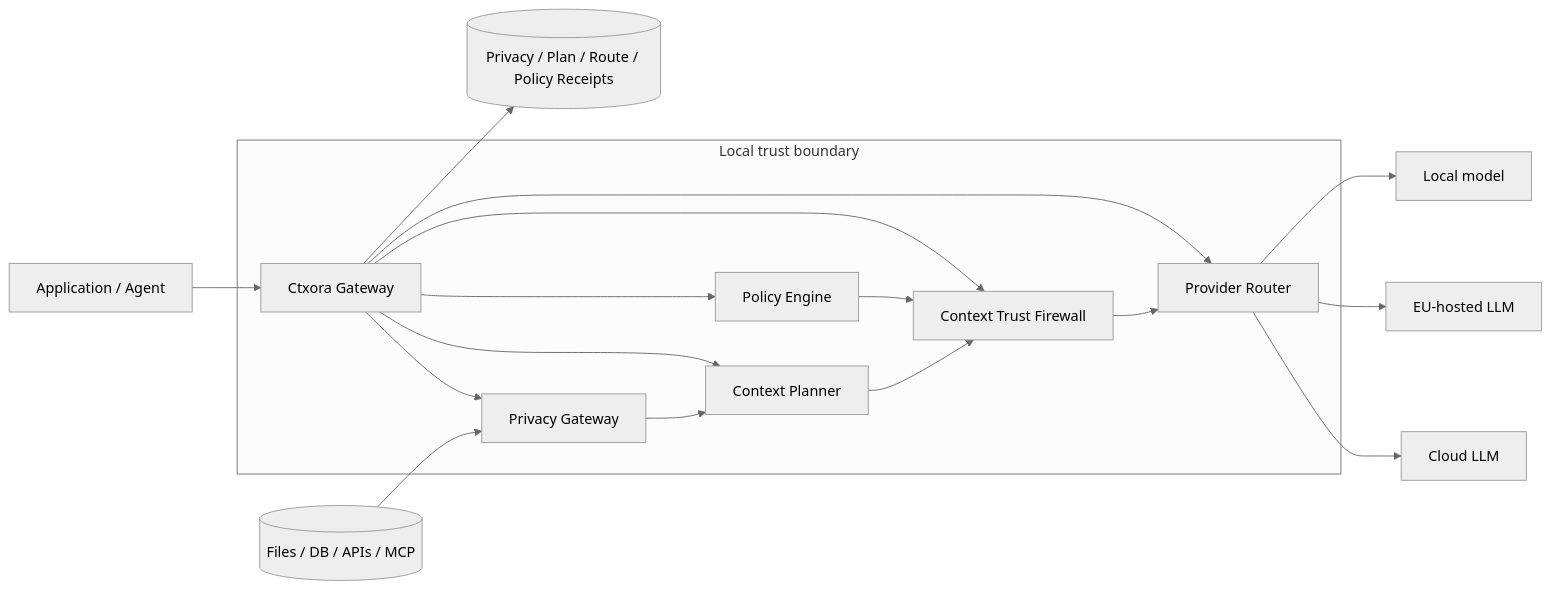
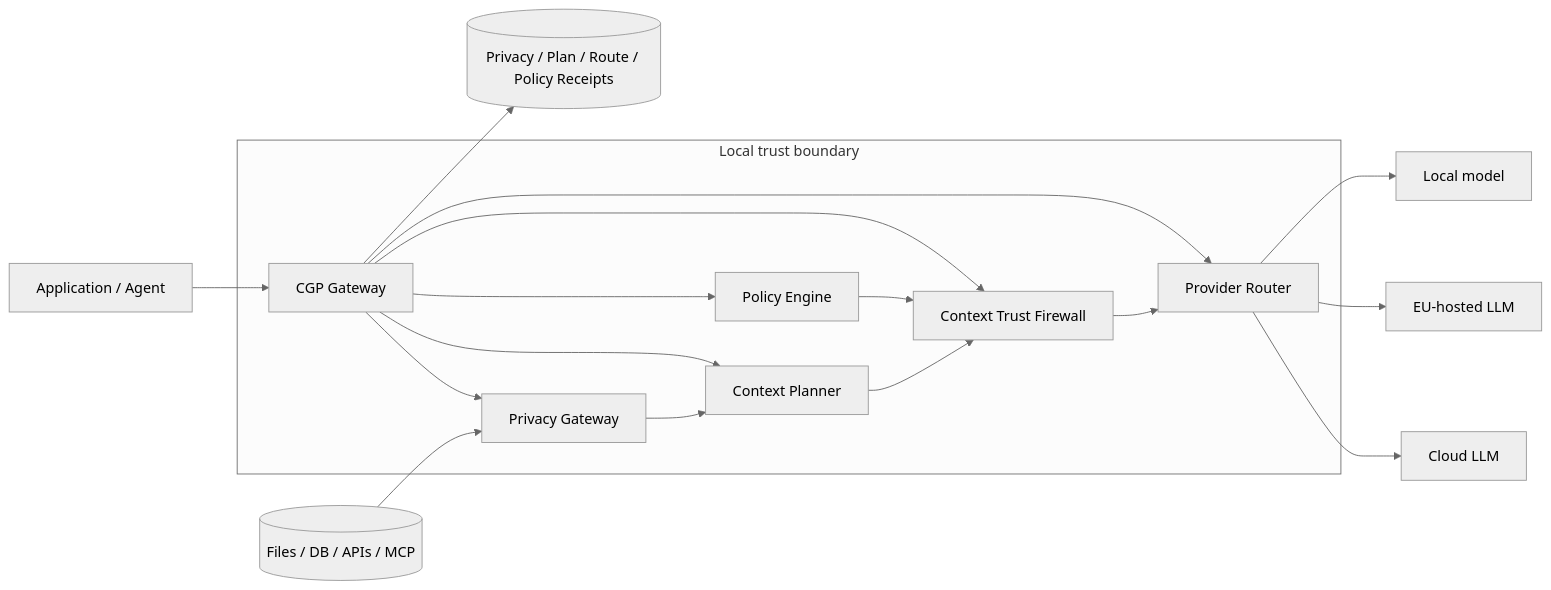
Before and after one commit to MrQwenty/fast-context-protocol: the first of 2 diagrams in README.md, drawn with Mermaid (neutral theme). The commit also changed other lines of this file, not shown here.

````diff
--- a/README.md
+++ b/README.md
@@ -69,24 +44,24 @@
 ```mermaid
 flowchart LR
-    APP[Application / Agent] --> GATEWAY[Ctxora Gateway]
+    APP[Application / Agent] --> GATEWAY[CGP Gateway]
 
-    subgraph LOCAL["Local trust boundary"]
+    subgraph LOCAL[Local trust boundary]
         GATEWAY --> PRIVACY[Privacy Gateway]
         GATEWAY --> PLANNER[Context Planner]
         GATEWAY --> POLICY[Policy Engine]
         GATEWAY --> FIREWALL[Context Trust Firewall]
         GATEWAY --> ROUTER[Provider Router]
     end
 
     SOURCES[(Files / DB / APIs / MCP)] --> PRIVACY
     PRIVACY --> PLANNER
     PLANNER --> FIREWALL
     POLICY --> FIREWALL
     FIREWALL --> ROUTER
 
     ROUTER --> CLOUD[Cloud LLM]
     ROUTER --> EU[EU-hosted LLM]
     ROUTER --> LOCALMODEL[Local model]
 
     GATEWAY --> RECEIPTS[(Privacy / Plan / Route / Policy Receipts)]
 ```
````
